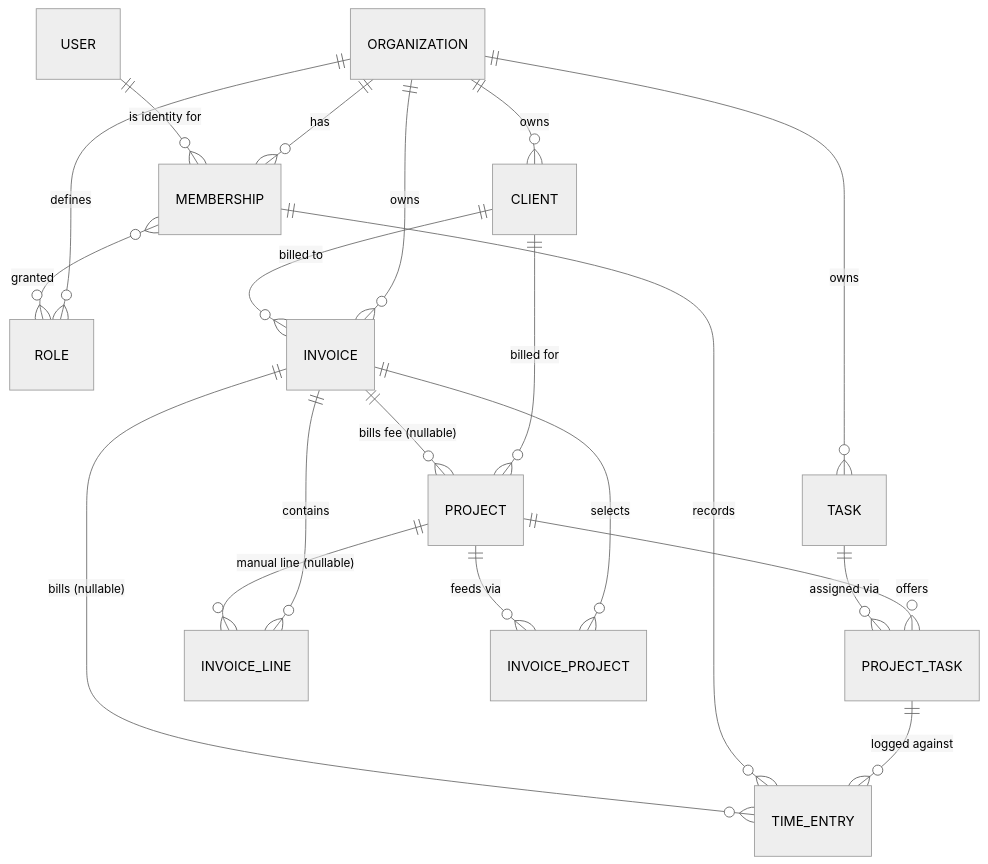
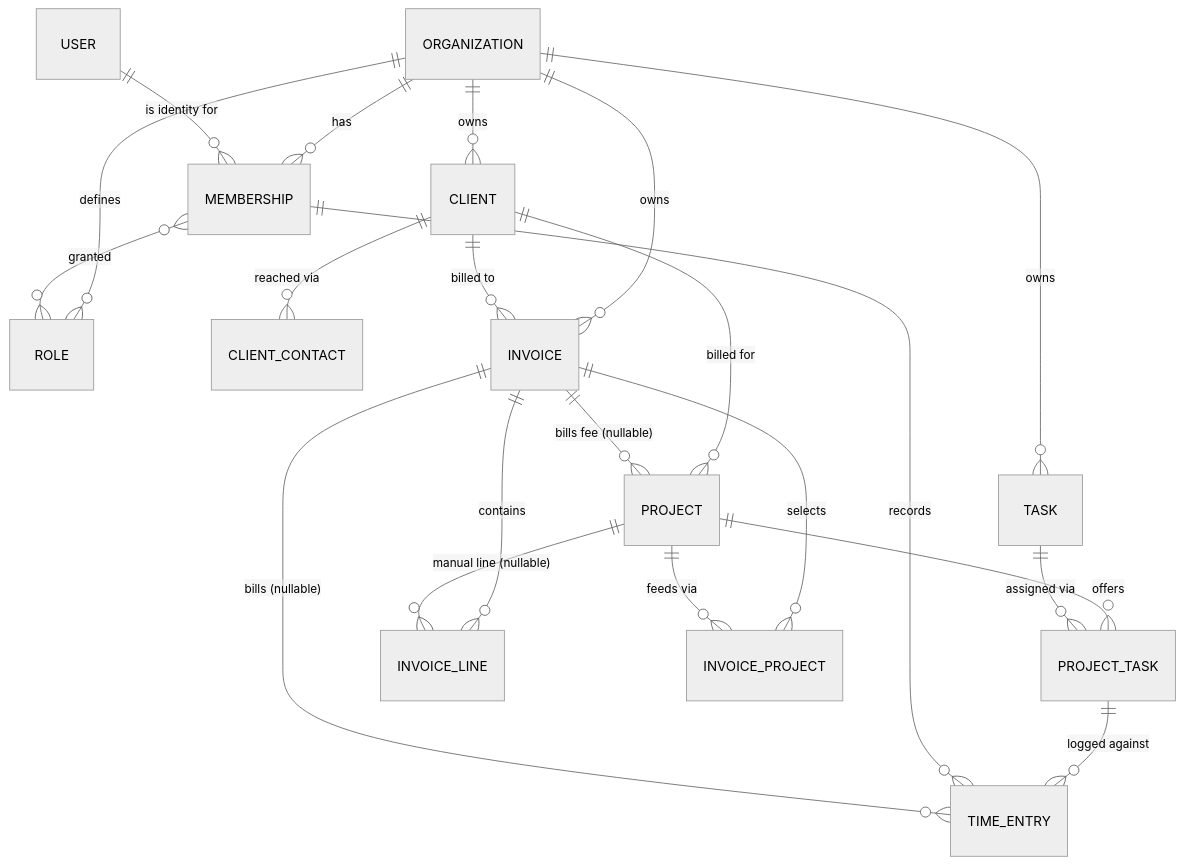
Before and after one commit to CaseyZS/Conflux-POC: the diagram in docs/requirements/data-model.md, drawn with Mermaid (neutral theme). The commit also changed other lines of this file, not shown here.

First line of the commit message:
Capture the multi-contact client requirement in the data-model doc

````diff
--- a/docs/requirements/data-model.md
+++ b/docs/requirements/data-model.md
@@ -54,22 +55,23 @@
 ```mermaid
 erDiagram
     ORGANIZATION ||--o{ MEMBERSHIP : has
     ORGANIZATION ||--o{ CLIENT : owns
     ORGANIZATION ||--o{ TASK : owns
     ORGANIZATION ||--o{ ROLE : defines
     USER ||--o{ MEMBERSHIP : "is identity for"
     MEMBERSHIP }o--o{ ROLE : granted
+    CLIENT ||--o{ CLIENT_CONTACT : "reached via"
     CLIENT ||--o{ PROJECT : "billed for"
     PROJECT ||--o{ PROJECT_TASK : offers
     TASK ||--o{ PROJECT_TASK : "assigned via"
     PROJECT_TASK ||--o{ TIME_ENTRY : "logged against"
     MEMBERSHIP ||--o{ TIME_ENTRY : records
     ORGANIZATION ||--o{ INVOICE : owns
     CLIENT ||--o{ INVOICE : "billed to"
     INVOICE ||--o{ INVOICE_LINE : contains
     INVOICE ||--o{ TIME_ENTRY : "bills (nullable)"
     INVOICE ||--o{ PROJECT : "bills fee (nullable)"
     PROJECT ||--o{ INVOICE_LINE : "manual line (nullable)"
     INVOICE ||--o{ INVOICE_PROJECT : selects
     PROJECT ||--o{ INVOICE_PROJECT : "feeds via"
 ```
````
